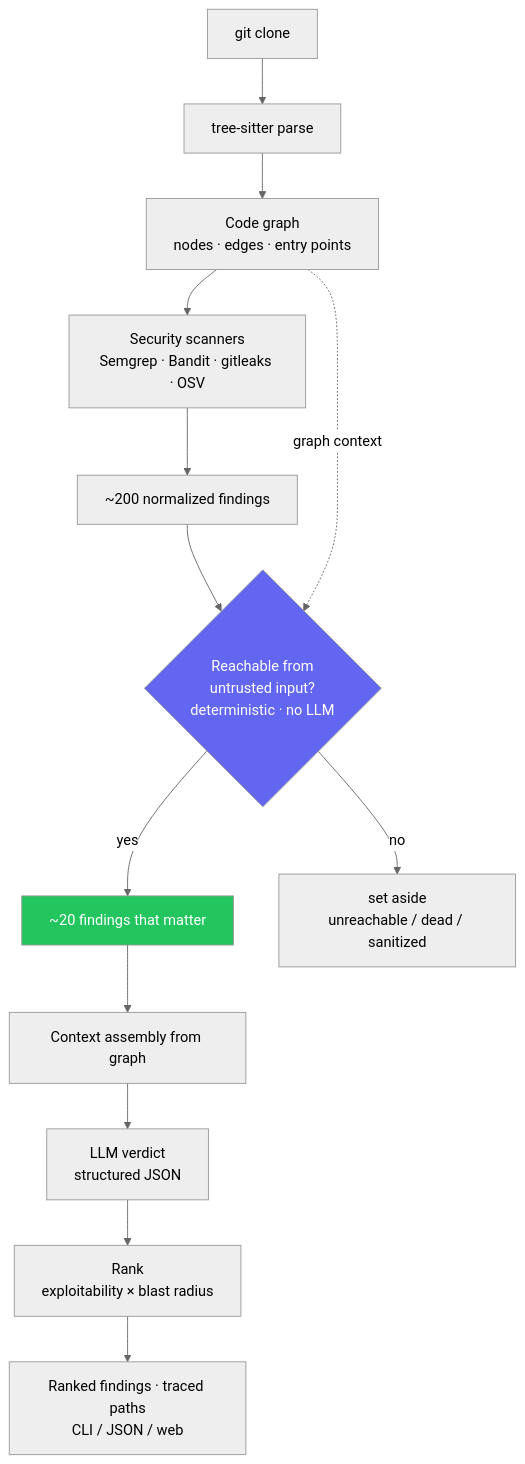
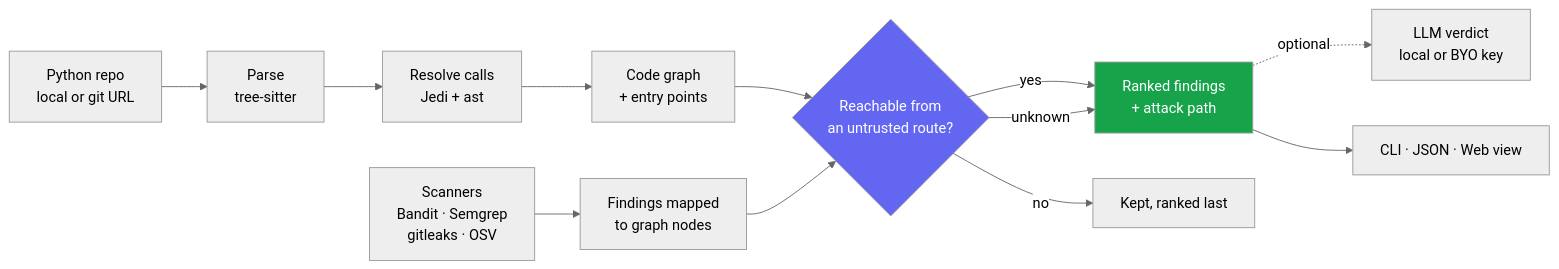
Before and after one commit to shreychechani/Ravel: the diagram in README.md, drawn with Mermaid (neutral theme). The commit also changed other lines of this file and 3 other files, not shown here.

````diff
--- a/README.md
+++ b/README.md
@@ -63,18 +90,17 @@
 ```mermaid
-flowchart TD
-    A[git clone] --> B[tree-sitter parse]
-    B --> C[Code graph<br/>nodes · edges · entry points]
-    C --> D[Security scanners<br/>Semgrep · Bandit · gitleaks · OSV]
-    D --> E[~200 normalized findings]
-    E --> F{Reachable from<br/>untrusted input?<br/>deterministic · no LLM}
-    C -. graph context .-> F
-    F -->|yes| G[~20 findings that matter]
-    F -->|no| X[set aside<br/>unreachable / dead / sanitized]
-    G --> H[Context assembly from graph]
-    H --> I[LLM verdict<br/>structured JSON]
-    I --> J[Rank<br/>exploitability × blast radius]
-    J --> K[Ranked findings · traced paths<br/>CLI / JSON / web]
+flowchart LR
+    A[Python repo<br/>local or git URL] --> B[Parse<br/>tree-sitter]
+    B --> C[Resolve calls<br/>Jedi + ast]
+    C --> D[Code graph<br/>+ entry points]
+    E[Scanners<br/>Bandit · Semgrep<br/>gitleaks · OSV] --> F[Findings mapped<br/>to graph nodes]
+    D --> G{Reachable from<br/>an untrusted route?}
+    F --> G
+    G -->|yes| H[Ranked findings<br/>+ attack path]
+    G -->|unknown| H
+    G -->|no| I[Kept, ranked last]
+    H -. optional .-> J[LLM verdict<br/>local or BYO key]
+    H --> K[CLI · JSON · Web view]
 
-    style F fill:#6366f1,color:#ffffff
-    style G fill:#22c55e,color:#ffffff
+    style G fill:#6366f1,color:#ffffff
+    style H fill:#16a34a,color:#ffffff
 ```
````
